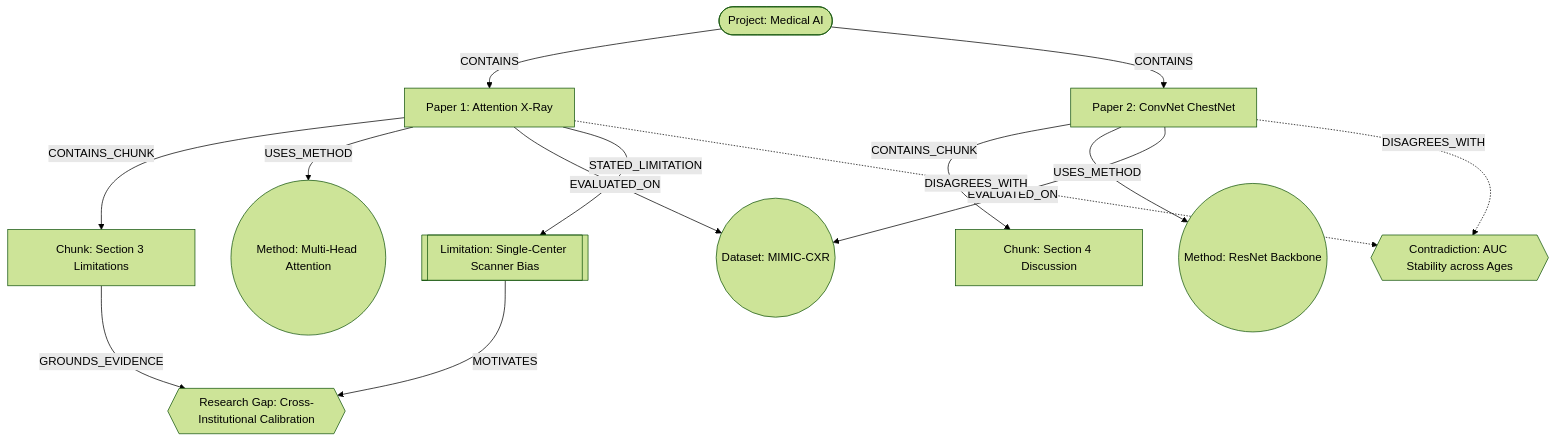
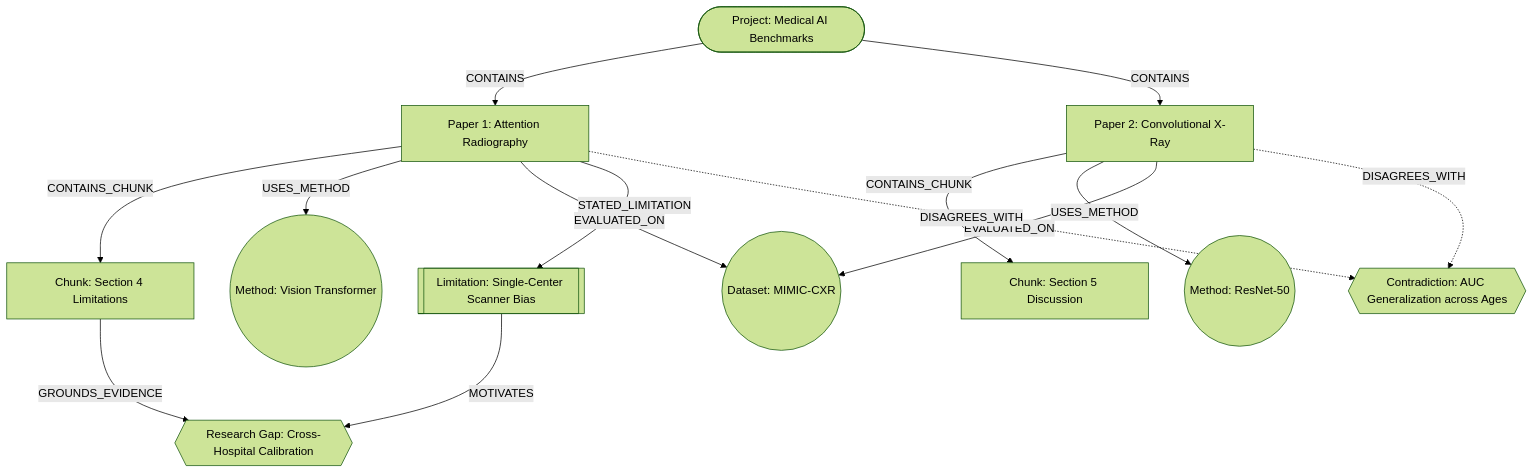
One commit to def-hrithik/AI_Research_Gap_Finder changed the fourth of 5 diagrams in README.md. Above: the diagram before and after it, drawn with Mermaid (forest theme). The commit also changed other lines of this file, not shown here.

````diff
--- a/README.md
+++ b/README.md
@@ -278,28 +309,28 @@
 ```mermaid
 graph TD
-    Project(["Project: Medical AI"])
-    Paper1["Paper 1: Attention X-Ray"]
-    Paper2["Paper 2: ConvNet ChestNet"]
-    Chunk1["Chunk: Section 3 Limitations"]
-    Chunk2["Chunk: Section 4 Discussion"]
-    Method1(("Method: Multi-Head Attention"))
-    Method2(("Method: ResNet Backbone"))
+    Project(["Project: Medical AI Benchmarks"])
+    Paper1["Paper 1: Attention Radiography"]
+    Paper2["Paper 2: Convolutional X-Ray"]
+    Chunk1["Chunk: Section 4 Limitations"]
+    Chunk2["Chunk: Section 5 Discussion"]
+    Method1(("Method: Vision Transformer"))
+    Method2(("Method: ResNet-50"))
     Dataset1(("Dataset: MIMIC-CXR"))
     Limit1[["Limitation: Single-Center Scanner Bias"]]
-    Gap1{{"Research Gap: Cross-Institutional Calibration"}}
-    Contra1{{"Contradiction: AUC Stability across Ages"}}
+    Gap1{{"Research Gap: Cross-Hospital Calibration"}}
+    Contra1{{"Contradiction: AUC Generalization across Ages"}}
 
     Project -->|CONTAINS| Paper1
     Project -->|CONTAINS| Paper2
     Paper1 -->|CONTAINS_CHUNK| Chunk1
     Paper2 -->|CONTAINS_CHUNK| Chunk2
     Paper1 -->|USES_METHOD| Method1
     Paper2 -->|USES_METHOD| Method2
     Paper1 -->|EVALUATED_ON| Dataset1
     Paper2 -->|EVALUATED_ON| Dataset1
     Paper1 -->|STATED_LIMITATION| Limit1
     Limit1 -->|MOTIVATES| Gap1
     Chunk1 -->|GROUNDS_EVIDENCE| Gap1
     Paper1 -.->|DISAGREES_WITH| Contra1
     Paper2 -.->|DISAGREES_WITH| Contra1
 ```
````
